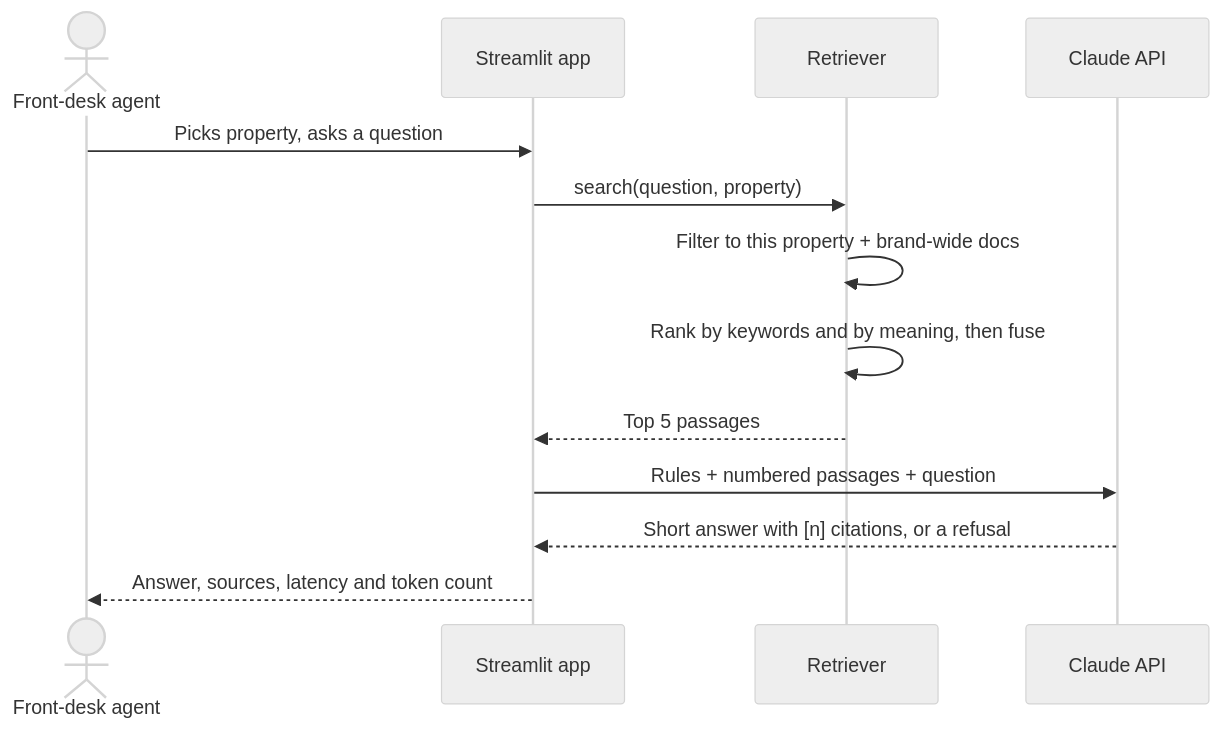
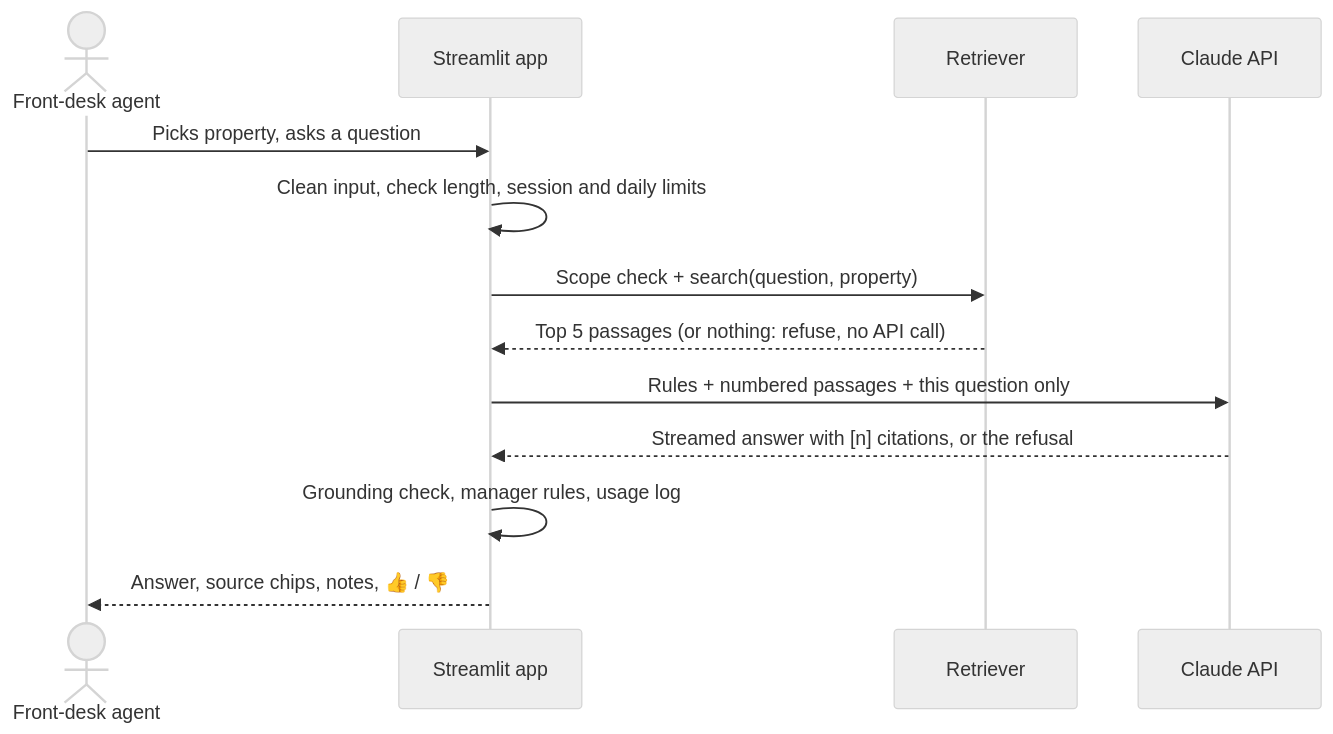
One commit to vamsialladev/hotel-ops-assistant changed the second of 2 diagrams in README.md. Above: the diagram before and after it, drawn with Mermaid (neutral theme). The commit also changed other lines of this file and 8 other files, not shown here.

Commit message:
docs: README, architecture, decisions 20-33, business case, security and demo script for 1.3.0

````diff
--- a/README.md
+++ b/README.md
@@ -105,15 +124,15 @@
 ```mermaid
 sequenceDiagram
     actor Staff as Front-desk agent
     participant App as Streamlit app
     participant Search as Retriever
     participant LLM as Claude API
     Staff->>App: Picks property, asks a question
-    App->>Search: search(question, property)
-    Search->>Search: Filter to this property + brand-wide docs
-    Search->>Search: Rank by keywords and by meaning, then fuse
-    Search-->>App: Top 5 passages
-    App->>LLM: Rules + numbered passages + question
-    LLM-->>App: Short answer with [n] citations, or a refusal
-    App-->>Staff: Answer, sources, latency and token count
+    App->>App: Clean input, check length, session and daily limits
+    App->>Search: Scope check + search(question, property)
+    Search-->>App: Top 5 passages (or nothing: refuse, no API call)
+    App->>LLM: Rules + numbered passages + this question only
+    LLM-->>App: Streamed answer with [n] citations, or the refusal
+    App->>App: Grounding check, manager rules, usage log
+    App-->>Staff: Answer, source chips, notes, 👍 / 👎
 ```
````
